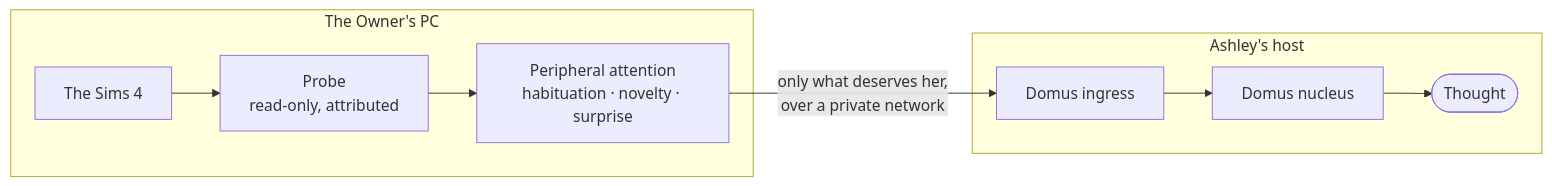
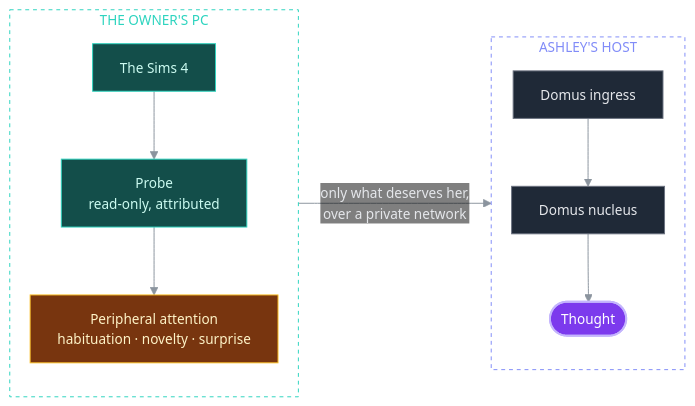
One commit to XharvaK/Ashley changed the sixth of 6 diagrams in README.md. Above: the diagram before and after it, drawn with Mermaid. The commit also changed other lines of this file, not shown here.

Commit message:
README: restyle the six diagrams (one palette, transparent groups and labels, layouts that fit)

````diff
--- a/README.md
+++ b/README.md
@@ -181,11 +240,27 @@
 ```mermaid
+%%{init: {"theme": "base", "themeVariables": {"fontFamily": "ui-sans-serif, -apple-system, Segoe UI, Helvetica, Arial, sans-serif", "fontSize": "14px", "lineColor": "#8b949e", "textColor": "#8b949e", "edgeLabelBackground": "transparent", "clusterBkg": "transparent", "clusterBorder": "#8b949e", "primaryColor": "#1f2937", "primaryBorderColor": "#6b7280", "primaryTextColor": "#e5e7eb"}, "themeCSS": ".labelBkg, .edgeLabel { background-color: transparent !important; } .cluster-label span, .cluster-label p { letter-spacing: 0.08em; font-size: 12px; }", "flowchart": {"wrappingWidth": 320, "curve": "basis", "nodeSpacing": 22, "rankSpacing": 45, "padding": 14}}}%%
 flowchart LR
-    subgraph PC["The Owner's PC"]
-        G["The Sims 4"] --> P["Probe<br/>read-only, attributed"]
-        P --> H["Peripheral attention<br/>habituation · novelty · surprise"]
+    subgraph PC["THE OWNER'S PC"]
+        direction TB
+        G["The Sims 4"] --> P["Probe<br/>read-only, attributed"] --> H["Peripheral attention<br/>habituation · novelty · surprise"]
     end
-    subgraph HOST["Ashley's host"]
+    subgraph HOST["ASHLEY'S HOST"]
+        direction TB
         IN["Domus ingress"] --> NU["Domus nucleus"] --> T(["Thought"])
     end
-    H -->|"only what deserves her,<br/>over a private network"| IN
+    PC -->|"only what deserves her,<br/>over a private network"| HOST
+
+    classDef thought fill:#7c3aed,stroke:#c4b5fd,stroke-width:2px,color:#ffffff
+    classDef self fill:#312e81,stroke:#818cf8,color:#e0e7ff
+    classDef past fill:#134e4a,stroke:#2dd4bf,color:#ccfbf1
+    classDef attn fill:#78350f,stroke:#fbbf24,color:#fef3c7
+    classDef owner fill:#9d174d,stroke:#f9a8d4,stroke-width:2px,color:#fdf2f8
+    classDef mech fill:#1f2937,stroke:#6b7280,color:#e5e7eb
+    classDef gone fill:#1f2937,stroke:#6b7280,stroke-dasharray:4 4,color:#9ca3af
+    class T thought
+    class G,P past
+    class H attn
+    class IN,NU mech
+    style PC fill:transparent,stroke:#2dd4bf,stroke-dasharray:4 4,color:#2dd4bf
+    style HOST fill:transparent,stroke:#818cf8,stroke-dasharray:4 4,color:#818cf8
 ```
````
